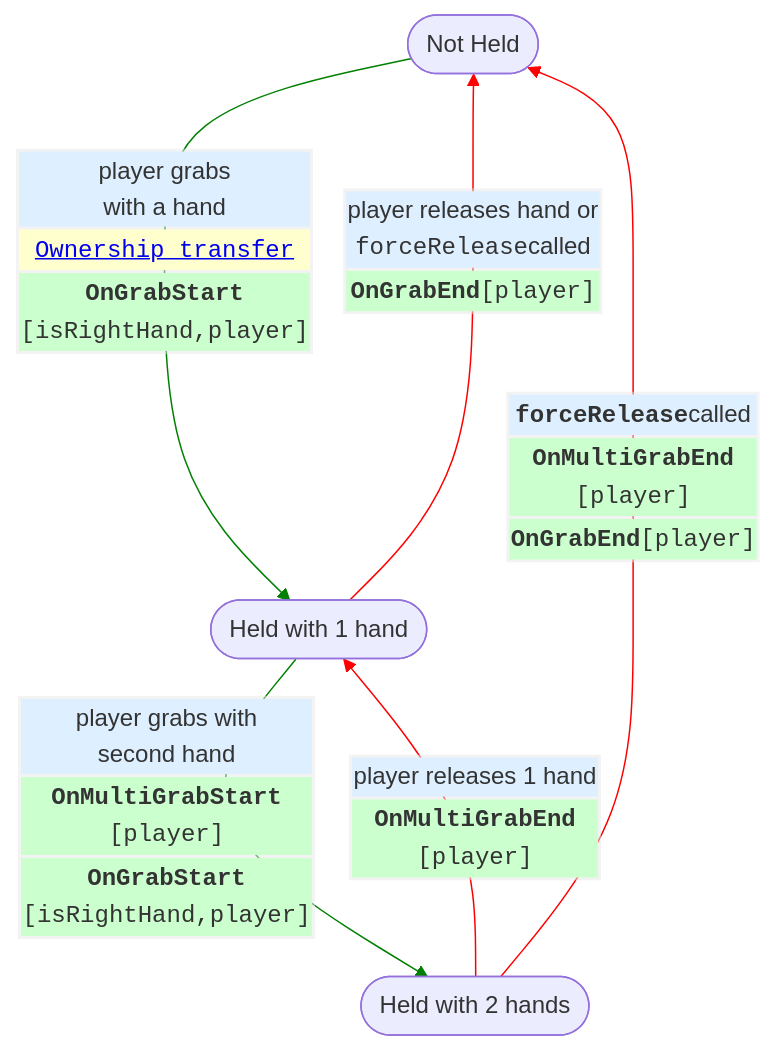
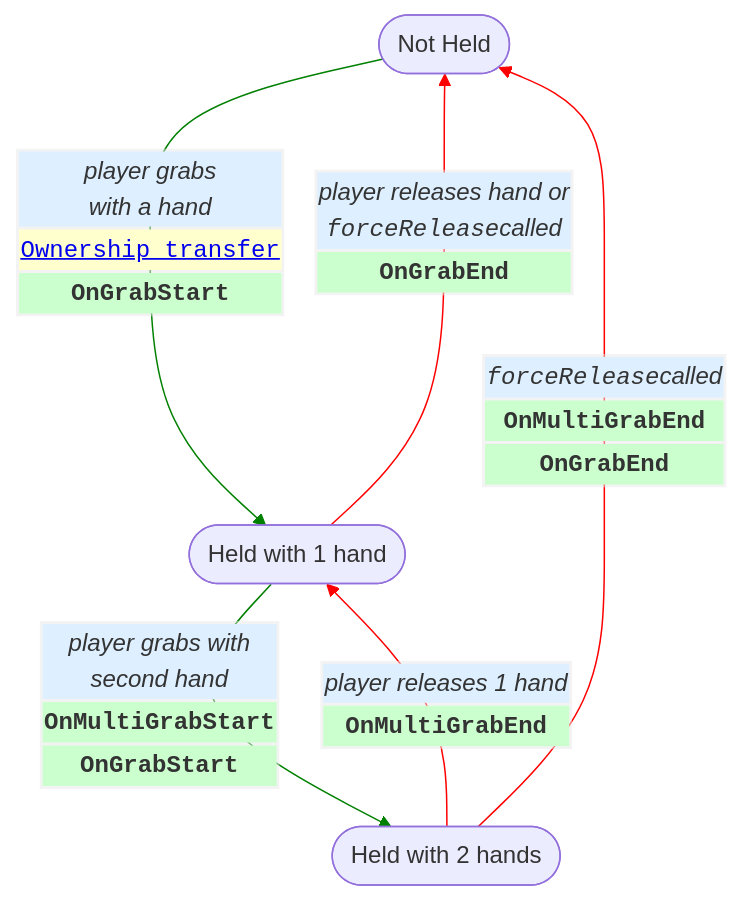
Before and after one commit to MHCPCreators/horizonCreatorManual: the tenth of 11 diagrams in HorizonTechnicalDoc.md, drawn with Mermaid. The commit also changed other lines of this file, not shown here.

Commit message:
Code block stuff

````diff
--- a/HorizonTechnicalDoc.md
+++ b/HorizonTechnicalDoc.md
@@ -3944,19 +3957,19 @@
 ```mermaid {align="center"}
 flowchart TD
   hold0([Not Held])
   hold1([Held with 1 hand])
   hold2([Held with 2 hands])
 
-  hold0 -- <table style="margin:0;overflow: visible"><tr><td style="background-color:#deefff">player grabs <br/>with a hand</td></tr><tr><td style="background-color:#ffffcd"><code style="background-color:#0000"><a href="#grabbables-and-ownership">Ownership transfer</a></code></td></tr><tr><td style="background-color:#cbffcd"><code style="background-color:#0000"><b>OnGrabStart</b><br/>[isRightHand,player]</code></td></tr></table> ---> hold1
+  hold0 -- <table style="margin:0;overflow: visible"><tr><td style="background-color:#deefff"><i>player grabs <br/>with a hand</i></td></tr><tr><td style="background-color:#ffffcd"><code style="background-color:#0000"><a href="#grabbables-and-ownership"><u>Ownership transfer</u></a></code></td></tr><tr><td style="background-color:#cbffcd"><code style="background-color:#0000"><b>OnGrabStart</b></code></td></tr></table> ---> hold1
 
-  hold1 -- <table style="margin:0;overflow: visible"><tr><td style="background-color:#deefff">player grabs with<br/>second hand</td></tr><tr><td style="background-color:#cbffcd"><code style="background-color:#0000"><b>OnMultiGrabStart</b><br/>[player]</code></td></tr><tr><td style="background-color:#cbffcd"><code style="background-color:#0000"><b>OnGrabStart</b><br/>[isRightHand,player]</code></td></tr></table> --> hold2
+  hold1 -- <table style="margin:0;overflow: visible"><tr><td style="background-color:#deefff"><i>player grabs with<br/>second hand</i></td></tr><tr><td style="background-color:#cbffcd"><code style="background-color:#0000"><b>OnMultiGrabStart</b></code></td></tr><tr><td style="background-color:#cbffcd"><code style="background-color:#0000"><b>OnGrabStart</b></code></td></tr></table> --> hold2
 
-  hold2 -- <table style="margin:0;overflow: visible"><tr><td style="background-color:#deefff">player releases 1 hand</td></tr><tr><td style="background-color:#cbffcd"><code style="background-color:#0000"><b>OnMultiGrabEnd</b><br/>[player]</code></td></tr></table> --> hold1
+  hold2 -- <table style="margin:0;overflow: visible"><tr><td style="background-color:#deefff"><i>player releases 1 hand</i></td></tr><tr><td style="background-color:#cbffcd"><code style="background-color:#0000"><b>OnMultiGrabEnd</b></code></td></tr></table> --> hold1
 
-   hold1 -- <table style="margin:0;overflow: visible"><tr><td style="background-color:#deefff">player releases hand or<br/><code style="background-color:#0000">forceRelease</code>called</td></tr><tr><td style="background-color:#cbffcd"><code style="background-color:#0000"><b>OnGrabEnd</b>[player]</code></td></tr></table> --> hold0
+   hold1 -- <table style="margin:0;overflow: visible"><tr><td style="background-color:#deefff"><i>player releases hand or<br/><code style="background-color:#0000">forceRelease</code>called</i></td></tr><tr><td style="background-color:#cbffcd"><code style="background-color:#0000"><b>OnGrabEnd</b></code></td></tr></table> --> hold0
 
-    hold2 -- <table style="margin:0;overflow: visible"><tr><td style="background-color:#deefff"><code style="background-color:#0000"><b>forceRelease</b></code>called</td></tr><tr><td style="background-color:#cbffcd"><code style="background-color:#0000"><b>OnMultiGrabEnd</b><br/>[player]</code></td></tr><tr><td style="background-color:#cbffcd"><code style="background-color:#0000"><b>OnGrabEnd</b>[player]</code></td></tr></table> --> hold0
+    hold2 -- <table style="margin:0;overflow: visible"><tr><td style="background-color:#deefff"><i><code style="background-color:#0000">forceRelease</code>called</i></td></tr><tr><td style="background-color:#cbffcd"><code style="background-color:#0000"><b>OnMultiGrabEnd</b></code></td></tr><tr><td style="background-color:#cbffcd"><code style="background-color:#0000"><b>OnGrabEnd</b></code></td></tr></table> --> hold0
 
    linkStyle 0,1 stroke:green,stroke-width:1px;
     linkStyle 2,3,4 stroke:red,stroke-width:1px;
 ```
````
